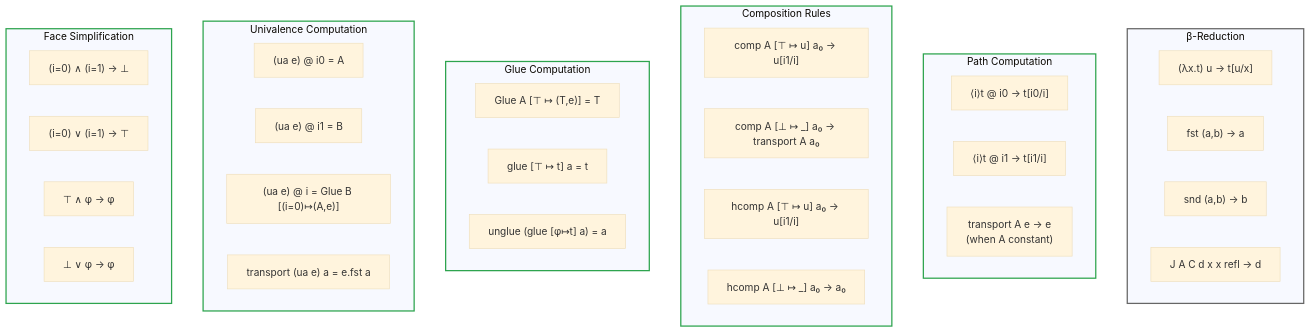
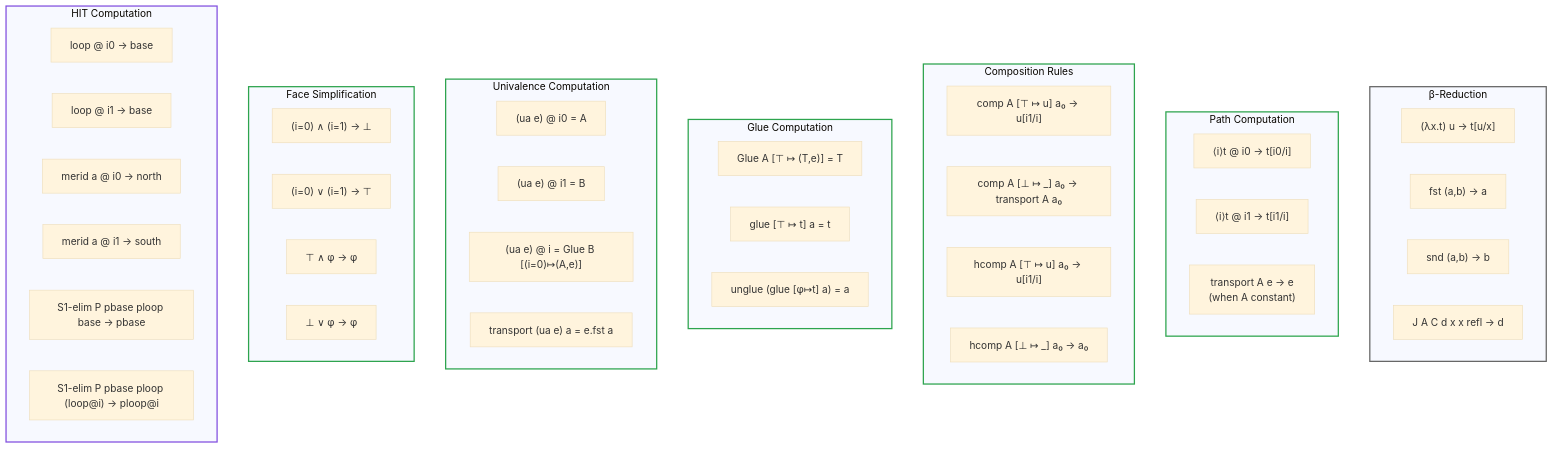
The fourth of 33 diagrams in DIAGRAMS.md (watchthelight/HypergraphGo), drawn with Mermaid (base theme) before and after one commit. The commit also changed other lines of this file and 19 other files, not shown here.

````diff
--- a/DIAGRAMS.md
+++ b/DIAGRAMS.md
@@ -649,49 +710,59 @@
 ```mermaid
 flowchart TB
     subgraph BETA["β-Reduction"]
         B1["(λx.t) u → t[u/x]"]
         B2["fst (a,b) → a"]
         B3["snd (a,b) → b"]
         B4["J A C d x x refl → d"]
     end
 
     subgraph PATH_COMP["Path Computation"]
         P1["⟨i⟩t @ i0 → t[i0/i]"]
         P2["⟨i⟩t @ i1 → t[i1/i]"]
         P3["transport A e → e<br/>(when A constant)"]
     end
 
     subgraph COMP_RULES["Composition Rules"]
         C1["comp A [⊤ ↦ u] a₀ → u[i1/i]"]
         C2["comp A [⊥ ↦ _] a₀ → transport A a₀"]
         C3["hcomp A [⊤ ↦ u] a₀ → u[i1/i]"]
         C4["hcomp A [⊥ ↦ _] a₀ → a₀"]
     end
 
     subgraph GLUE_RULES["Glue Computation"]
         G1["Glue A [⊤ ↦ (T,e)] = T"]
         G2["glue [⊤ ↦ t] a = t"]
         G3["unglue (glue [φ↦t] a) = a"]
     end
 
     subgraph UA_RULES["Univalence Computation"]
         U1["(ua e) @ i0 = A"]
         U2["(ua e) @ i1 = B"]
         U3["(ua e) @ i = Glue B [(i=0)↦(A,e)]"]
         U4["transport (ua e) a = e.fst a"]
     end
 
     subgraph FACE_SIMP["Face Simplification"]
         F1["(i=0) ∧ (i=1) → ⊥"]
         F2["(i=0) ∨ (i=1) → ⊤"]
         F3["⊤ ∧ φ → φ"]
         F4["⊥ ∨ φ → φ"]
     end
 
+    subgraph HIT_RULES["HIT Computation"]
+        H1["loop @ i0 → base"]
+        H2["loop @ i1 → base"]
+        H3["merid a @ i0 → north"]
+        H4["merid a @ i1 → south"]
+        H5["S1-elim P pbase ploop base → pbase"]
+        H6["S1-elim P pbase ploop (loop@i) → ploop@i"]
+    end
+
     style BETA stroke:#666,stroke-width:2px
     style PATH_COMP stroke:#2da44e,stroke-width:2px
     style COMP_RULES stroke:#2da44e,stroke-width:2px
     style GLUE_RULES stroke:#2da44e,stroke-width:2px
     style UA_RULES stroke:#2da44e,stroke-width:2px
     style FACE_SIMP stroke:#2da44e,stroke-width:2px
+    style HIT_RULES stroke:#8250df,stroke-width:2px
 ```
````
